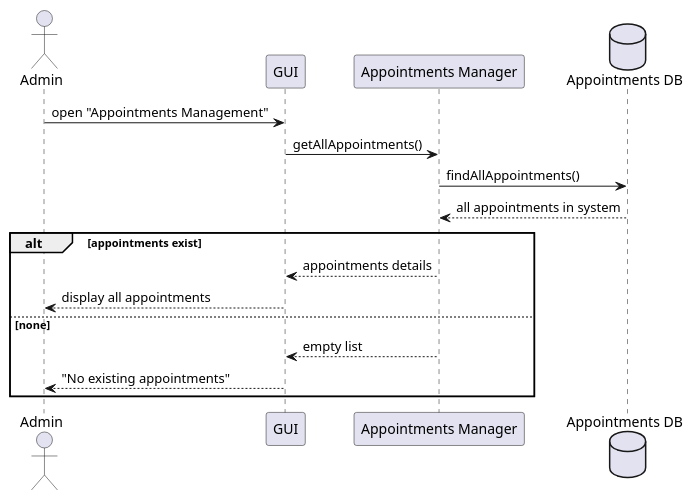
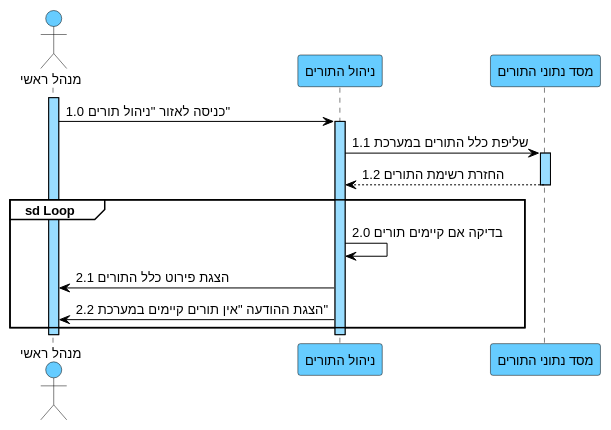
Before and after one commit to arielkaplan20/GOLDEN_HAIR_SALOAN: the diagram in docs/diagrams/puml/11-seq-suc11-ניהול-תורים.puml, drawn with PlantUML. The commit also changed 26 other files, not shown here.

```diff
--- a/docs/diagrams/puml/11-seq-suc11-ניהול-תורים.puml
+++ b/docs/diagrams/puml/11-seq-suc11-ניהול-תורים.puml
@@ -1,18 +1,40 @@
 @startuml
-actor Admin
-participant GUI
-participant "Appointments Manager" as AM
-database "Appointments DB" as DB
+skinparam backgroundColor white
+skinparam defaultFontName Arial
+skinparam defaultFontSize 13
+skinparam sequence {
+ArrowColor black
+ArrowFontColor black
+ActorBorderColor black
+ActorBackgroundColor #66CCFF
+LifeLineBorderColor black
+LifeLineBackgroundColor #99DDFF
+ParticipantBorderColor black
+ParticipantBackgroundColor #66CCFF
+ParticipantFontColor black
+ParticipantFontSize 13
+GroupBorderColor black
+GroupBackgroundColor white
+GroupHeaderFontColor black
+}
 
-Admin -> GUI : open "Appointments Management"
-GUI -> AM : getAllAppointments()
-AM -> DB : findAllAppointments()
-DB --> AM : all appointments in system
-alt appointments exist
-AM --> GUI : appointments details
-GUI --> Admin : display all appointments
-else none
-AM --> GUI : empty list
-GUI --> Admin : "No existing appointments"
+actor "מנהל ראשי" as A
+participant "ניהול התורים" as AM
+participant "מסד נתוני התורים" as DB
+
+activate A
+A -> AM : 1.0 כניסה לאזור "ניהול תורים"
+activate AM
+AM -> DB : 1.1 שליפת כלל התורים במערכת
+activate DB
+DB --> AM : 1.2 החזרת רשימת התורים
+deactivate DB
+
+group sd Loop
+AM -> AM : 2.0 בדיקה אם קיימים תורים
+AM -> A : 2.1 הצגת פירוט כלל התורים
+AM -> A : 2.2 הצגת ההודעה "אין תורים קיימים במערכת"
 end
+deactivate AM
+deactivate A
 @enduml
```
